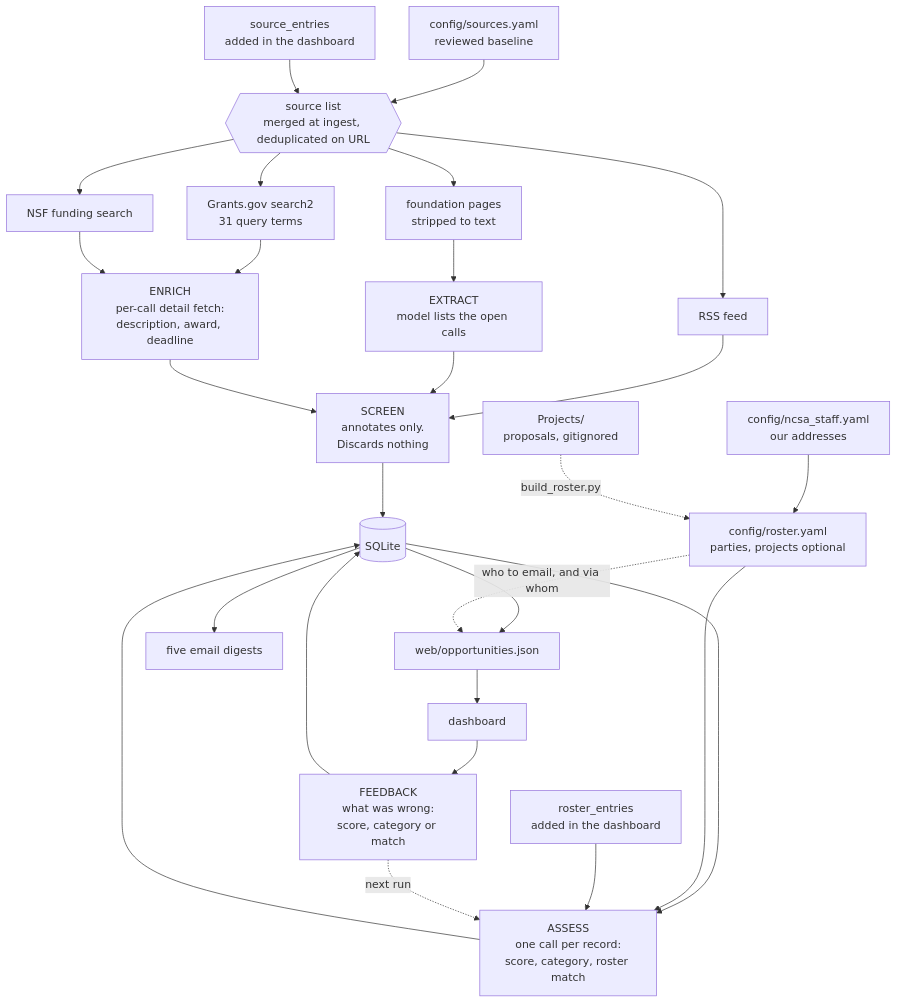
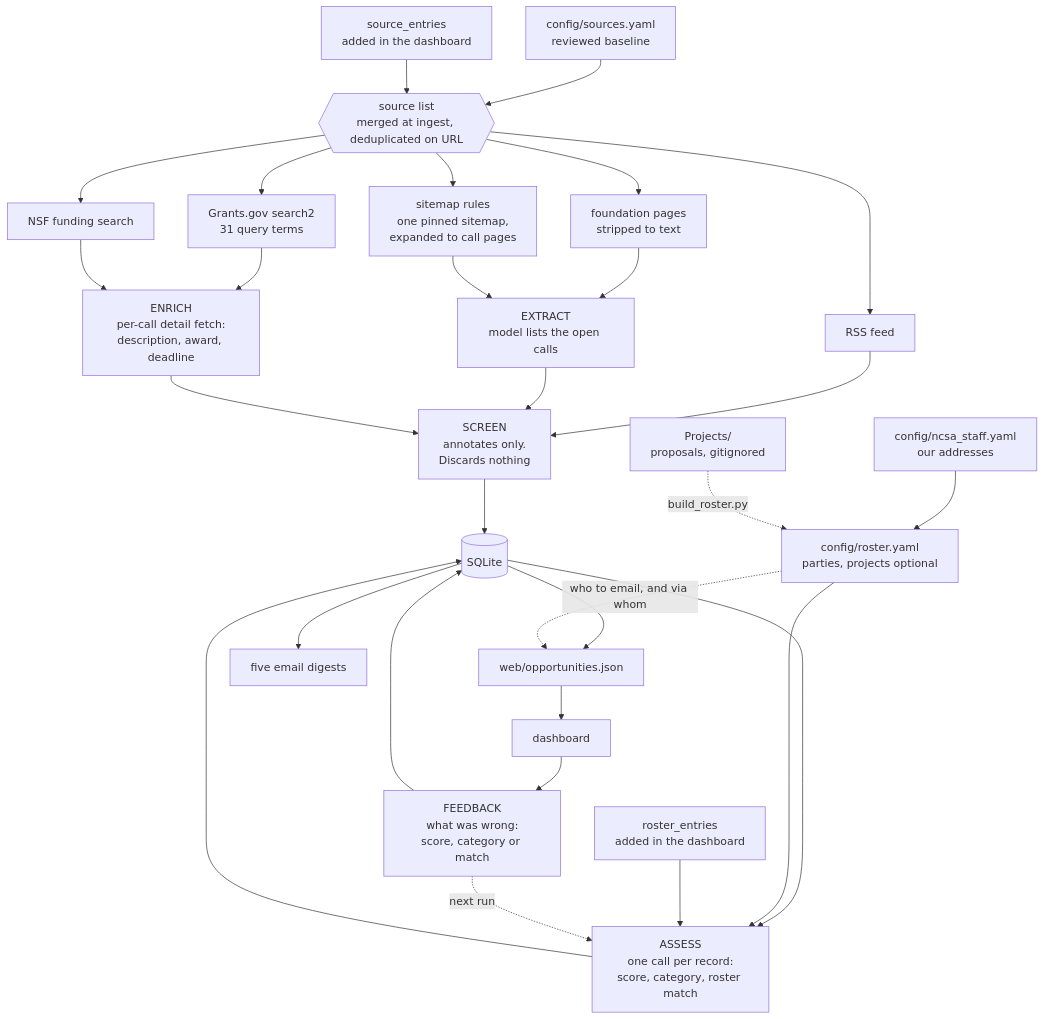
Before and after one commit to longshuicy/grant-sift: the first of 3 diagrams in README.md, drawn with Mermaid. The commit also changed other lines of this file and 8 other files, not shown here.

````diff
--- a/README.md
+++ b/README.md
@@ -67,29 +67,31 @@
 ```mermaid
 flowchart TD
     SRC["config/sources.yaml<br/>reviewed baseline"] --> SL
     SRC2["source_entries<br/>added in the dashboard"] --> SL
     SL{{"source list<br/>merged at ingest, deduplicated on URL"}}
     SL --> A1
     SL --> A2
     SL --> A3
     SL --> A4
+    SL --> A5
     A1["Grants.gov search2<br/>31 query terms"] --> E
     A2["NSF funding search"] --> E
     A3["RSS feed"] --> SC
     A4["foundation pages<br/>stripped to text"] --> X
+    A5["sitemap rules<br/>one pinned sitemap,<br/>expanded to call pages"] --> X
     X["EXTRACT<br/>model lists the open calls"] --> SC
     E["ENRICH<br/>per-call detail fetch:<br/>description, award, deadline"] --> SC
     SC["SCREEN<br/>annotates only.<br/>Discards nothing"] --> S[("SQLite")]
     S --> AS["ASSESS<br/>one call per record:<br/>score, category, roster match"]
     R1["config/roster.yaml<br/>parties, projects optional"] --> AS
     R2["roster_entries<br/>added in the dashboard"] --> AS
     R3["config/ncsa_staff.yaml<br/>our addresses"] --> R1
     P["Projects/<br/>proposals, gitignored"] -.->|"build_roster.py"| R1
     AS --> S
     S --> J["web/opportunities.json"] --> D["dashboard"]
     R1 -.->|"who to email, and via whom"| J
     S --> G["five email digests"]
     D --> F["FEEDBACK<br/>what was wrong:<br/>score, category or match"]
     F --> S
     F -.->|"next run"| AS
 ```
````
